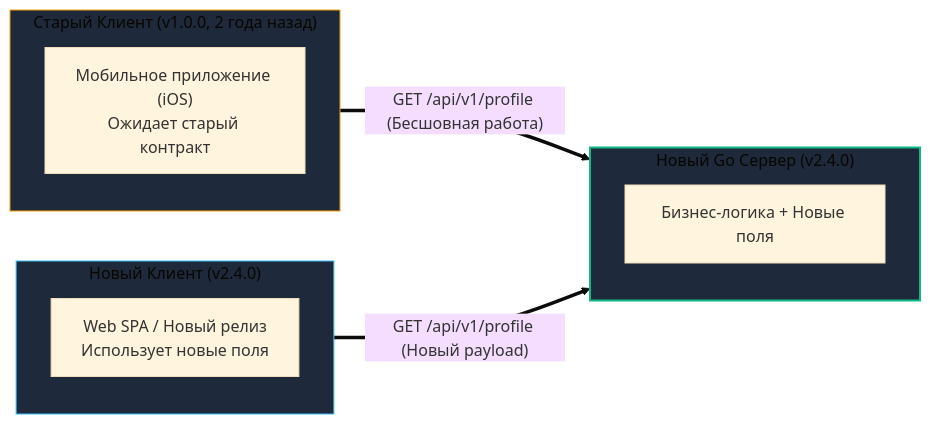
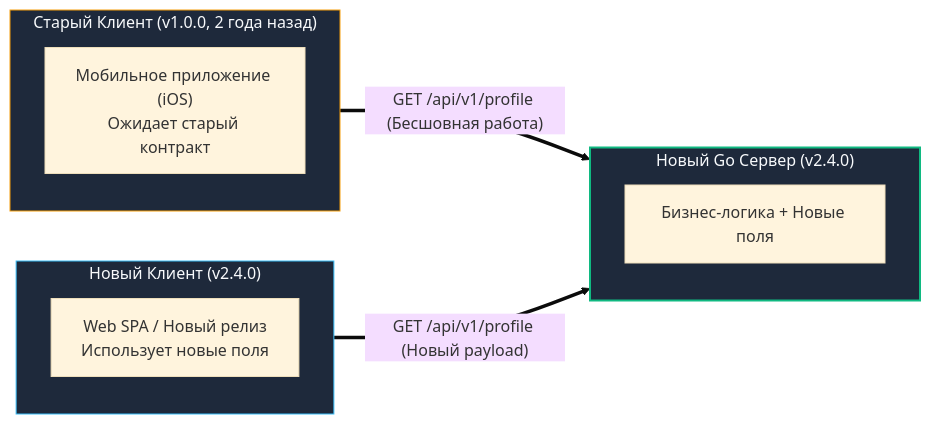
Before and after one commit to UnrealTemplier/go-textbook: the first of 3 diagrams in sources/10. Проектирование API и Сетевые протоколы/27. Backward compatibility.md, drawn with Mermaid (base theme). The commit also changed other lines of this file and 310 other files, not shown here.

First line of the commit message:
fix(mermaid): replace light fill colors with dark palette for readability on dark theme

````diff
--- a/sources/10. Проектирование API и Сетевые протоколы/27. Backward compatibility.md
+++ b/sources/10. Проектирование API и Сетевые протоколы/27. Backward compatibility.md
@@ -22,24 +22,24 @@
 ```mermaid
 flowchart LR
     subgraph S_V2 ["Новый Go Сервер (v2.4.0)"]
         direction TB
         Code["Бизнес-логика + Новые поля"]
     end
 
     subgraph C_Old ["Старый Клиент (v1.0.0, 2 года назад)"]
         direction TB
         AppOld["Мобильное приложение (iOS)<br>Ожидает старый контракт"]
     end
 
     subgraph C_New ["Новый Клиент (v2.4.0)"]
         direction TB
         AppNew["Web SPA / Новый релиз<br>Использует новые поля"]
     end
 
     C_Old ==>|"GET /api/v1/profile (Бесшовная работа)"| S_V2
     C_New ==>|"GET /api/v1/profile (Новый payload)"| S_V2
 
-    style S_V2 fill:#1e293b,stroke:#10b981,stroke-width:2px
-    style C_Old fill:#1e293b,stroke:#f59e0b,stroke-width:1px
-    style C_New fill:#1e293b,stroke:#38bdf8,stroke-width:1px
+    style S_V2 fill:#1e293b,stroke:#10b981,stroke-width:2px,color:#f8fafc
+    style C_Old fill:#1e293b,stroke:#f59e0b,stroke-width:1px,color:#f8fafc
+    style C_New fill:#1e293b,stroke:#38bdf8,stroke-width:1px,color:#f8fafc
 ```
````
